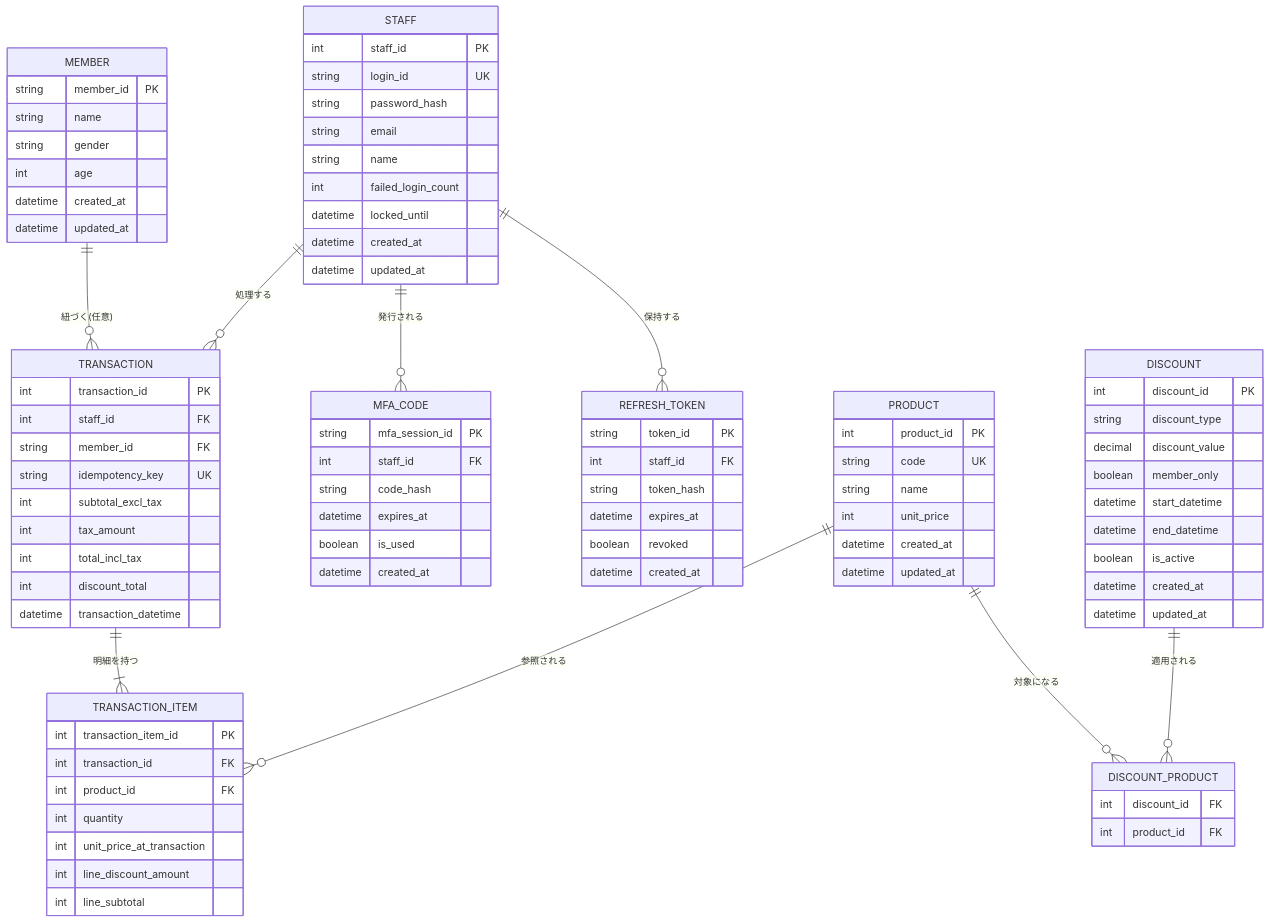
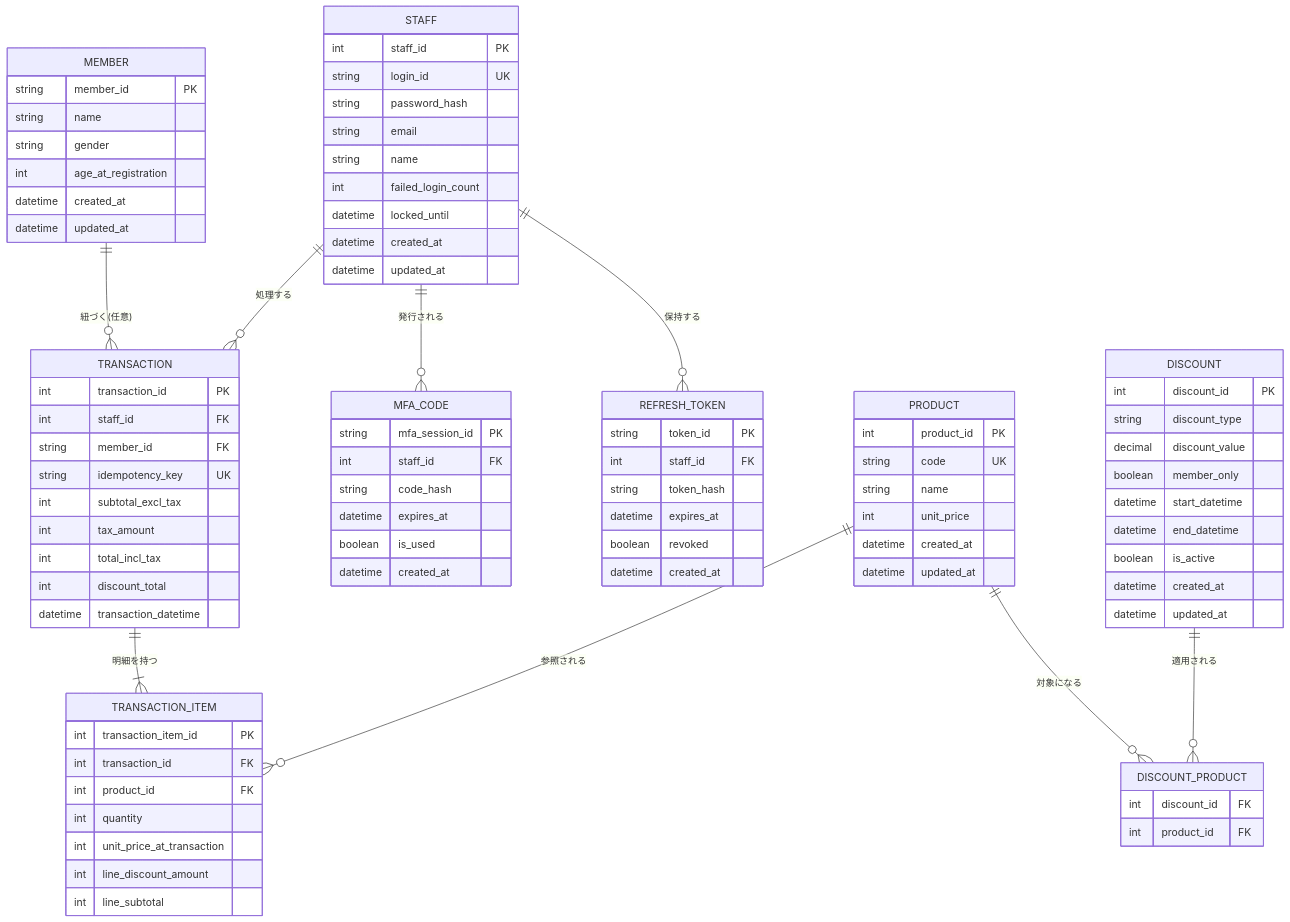
One commit to norikotsuchiya2023/tech0-pos-lv2 changed the ninth of 10 diagrams in design_specification.md. Above: the diagram before and after it, drawn with Mermaid. The commit also changed other lines of this file, not shown here.

```diff
--- a/design_specification.md
+++ b/design_specification.md
@@ -286,7 +286,7 @@
         string member_id PK
         string name
         string gender
-        int age
+        int age_at_registration
         datetime created_at
         datetime updated_at
     }
```
